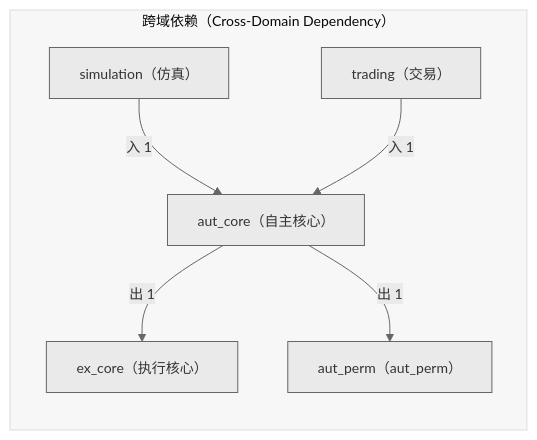
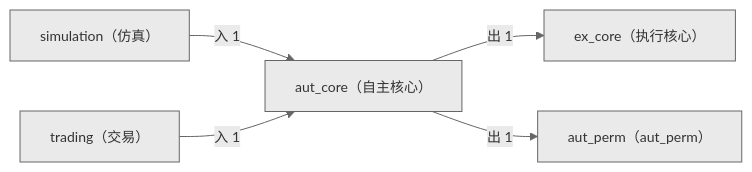
Before and after one commit to xuanFelixVan/ZephyrAlpha: the second of 2 diagrams in docs/02_enterprise_architecture/06_decision_architecture/13_decision_l3_aut_core.md, drawn with Mermaid. The commit also changed other lines of this file and 23 other files, not shown here.

First line of the commit message:
fix(decision-diagram): 去掉 subgraph + 加 secondaryColor 修复节点白色

````diff
--- a/docs/02_enterprise_architecture/06_decision_architecture/13_decision_l3_aut_core.md
+++ b/docs/02_enterprise_architecture/06_decision_architecture/13_decision_l3_aut_core.md
@@ -122,15 +122,13 @@
 ```mermaid
-%%{init: {'theme': 'base', 'themeVariables': {'primaryColor': '#eaeaea', 'primaryTextColor': '#333333', 'primaryBorderColor': '#666666', 'lineColor': '#666666', 'fontSize': '14px'}}}%%
+%%{init: {'theme': 'base', 'themeVariables': {'primaryColor': '#eaeaea', 'primaryTextColor': '#333333', 'primaryBorderColor': '#666666', 'lineColor': '#666666', 'secondaryColor': '#eaeaea', 'tertiaryColor': '#eaeaea', 'fontSize': '14px'}}}%%
 flowchart LR
-    subgraph cd_sg["跨域依赖（Cross-Domain Dependency）"]
-        SELF["aut_core（自主核心）"]
-        EXT_ex_core["ex_core（执行核心）"]
-        SELF -->|出 1| EXT_ex_core
-        EXT_aut_perm["aut_perm（aut_perm）"]
-        SELF -->|出 1| EXT_aut_perm
-        EXT_simulation["simulation（仿真）"]
-        EXT_simulation -->|入 1| SELF
-        EXT_trading["trading（交易）"]
-        EXT_trading -->|入 1| SELF
-    end
+    SELF["aut_core（自主核心）"]
+    EXT_ex_core["ex_core（执行核心）"]
+    SELF -->|出 1| EXT_ex_core
+    EXT_aut_perm["aut_perm（aut_perm）"]
+    SELF -->|出 1| EXT_aut_perm
+    EXT_simulation["simulation（仿真）"]
+    EXT_simulation -->|入 1| SELF
+    EXT_trading["trading（交易）"]
+    EXT_trading -->|入 1| SELF
 ```
````
